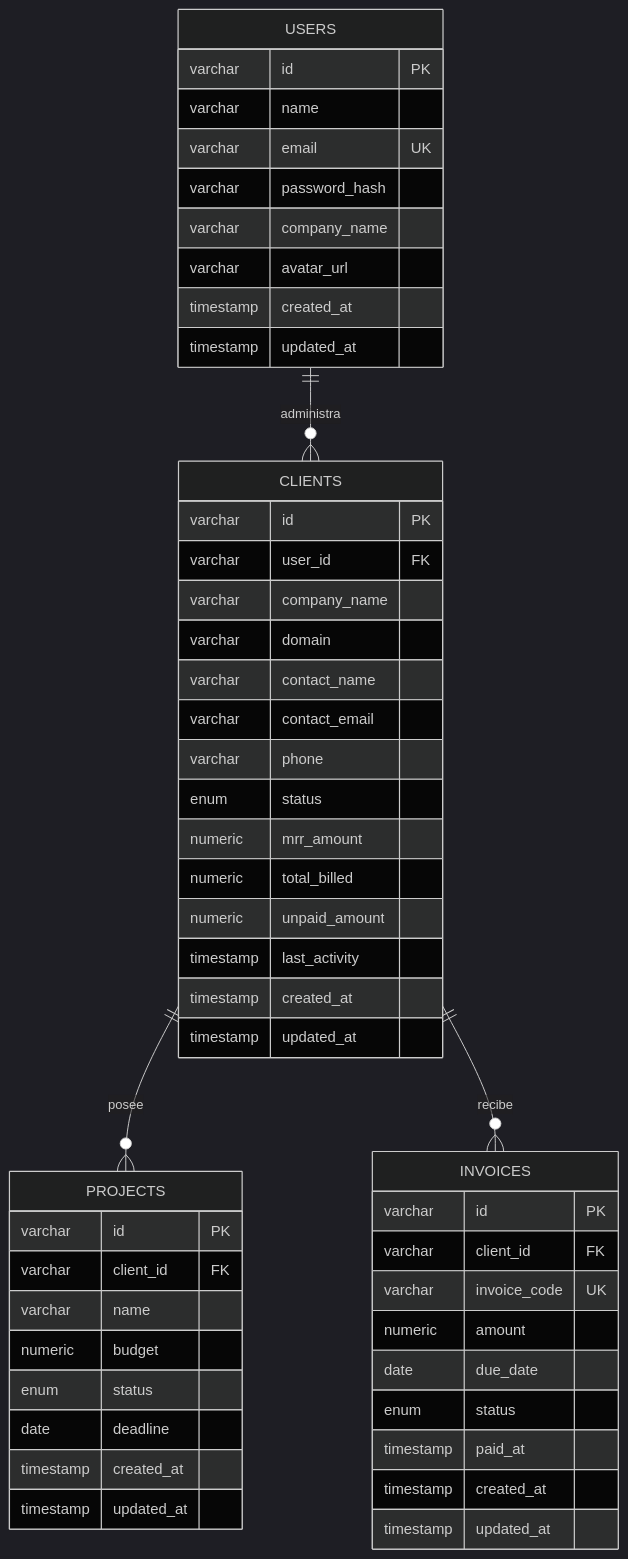
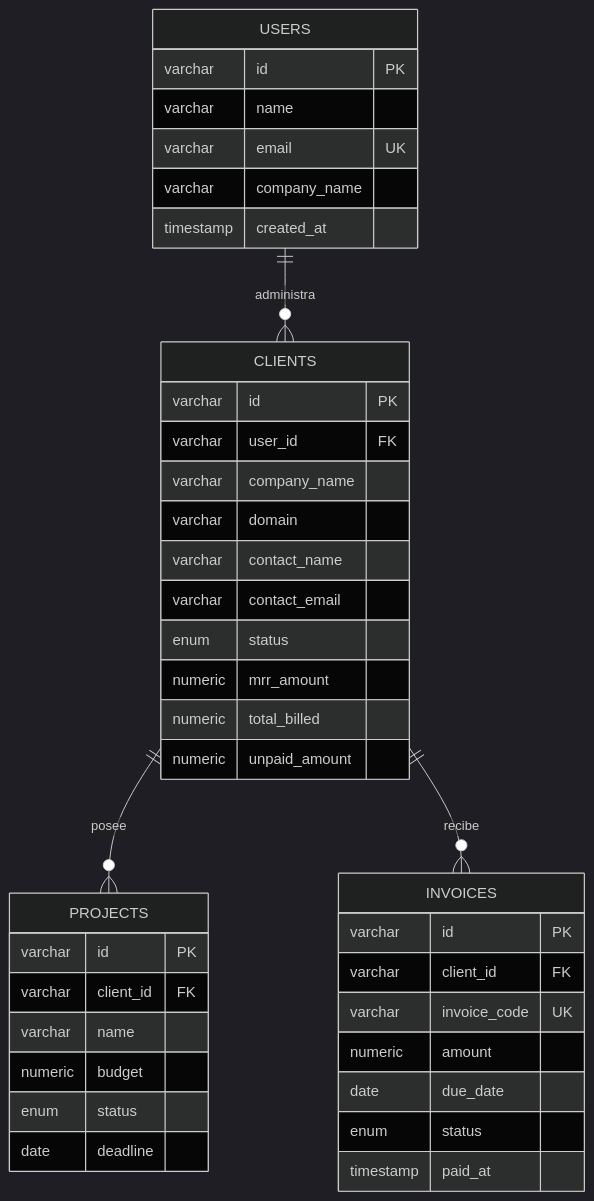
One commit to alxnrocha/mini-saas changed the diagram in README.md. Above: the diagram before and after it, drawn with Mermaid (dark theme). The commit also changed other lines of this file, not shown here.

````diff
--- a/README.md
+++ b/README.md
@@ -124,57 +25,43 @@
 ```mermaid
 erDiagram
     USERS ||--o{ CLIENTS : "administra"
     CLIENTS ||--o{ PROJECTS : "posee"
     CLIENTS ||--o{ INVOICES : "recibe"
 
     USERS {
         varchar id PK
         varchar name
         varchar email UK
-        varchar password_hash
         varchar company_name
-        varchar avatar_url
         timestamp created_at
-        timestamp updated_at
     }
-
     CLIENTS {
         varchar id PK
         varchar user_id FK
         varchar company_name
         varchar domain
         varchar contact_name
         varchar contact_email
-        varchar phone
         enum status
         numeric mrr_amount
         numeric total_billed
         numeric unpaid_amount
-        timestamp last_activity
-        timestamp created_at
-        timestamp updated_at
     }
-
     PROJECTS {
         varchar id PK
         varchar client_id FK
         varchar name
         numeric budget
         enum status
         date deadline
-        timestamp created_at
-        timestamp updated_at
     }
-
     INVOICES {
         varchar id PK
         varchar client_id FK
         varchar invoice_code UK
         numeric amount
         date due_date
         enum status
         timestamp paid_at
-        timestamp created_at
-        timestamp updated_at
     }
 ```
````
